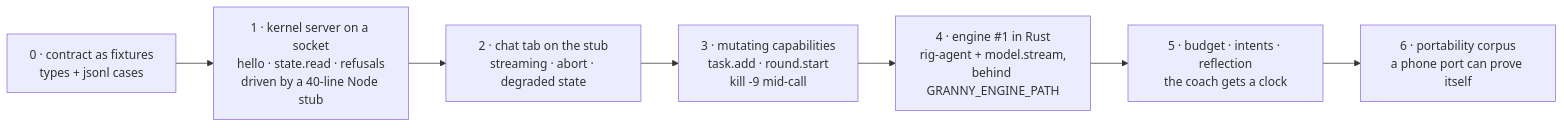
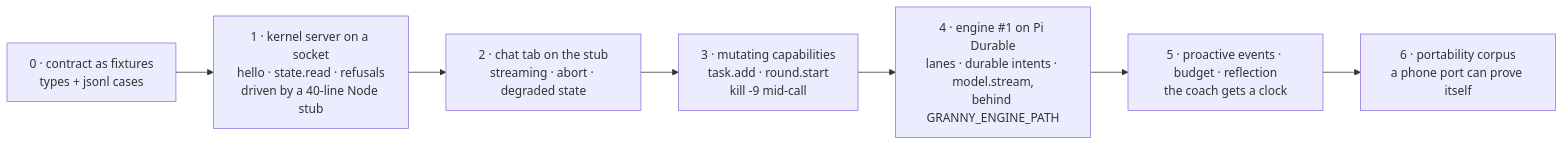
Before and after one commit to HappyVoxel/granny: the fourth of 4 diagrams in docs/ENGINE.md, drawn with Mermaid. The commit also changed other lines of this file and 4 other files, not shown here.

First line of the commit message:
docs: the engine is Pi Durable, woken by kernel domain events

````diff
--- a/docs/ENGINE.md
+++ b/docs/ENGINE.md
@@ -274,9 +322,9 @@
 ```mermaid
 flowchart LR
     S0["0 · contract as fixtures<br/>types + jsonl cases"] --> S1["1 · kernel server on a socket<br/>hello · state.read · refusals<br/>driven by a 40-line Node stub"]
     S1 --> S2["2 · chat tab on the stub<br/>streaming · abort · degraded state"]
     S2 --> S3["3 · mutating capabilities<br/>task.add · round.start<br/>kill -9 mid-call"]
-    S3 --> S4["4 · engine #1 in Rust<br/>rig-agent + model.stream,<br/>behind GRANNY_ENGINE_PATH"]
-    S4 --> S5["5 · budget · intents · reflection<br/>the coach gets a clock"]
+    S3 --> S4["4 · engine #1 on Pi Durable<br/>lanes · durable intents · model.stream,<br/>behind GRANNY_ENGINE_PATH"]
+    S4 --> S5["5 · proactive events · budget · reflection<br/>the coach gets a clock"]
     S5 --> S6["6 · portability corpus<br/>a phone port can prove itself"]
 ```
````
